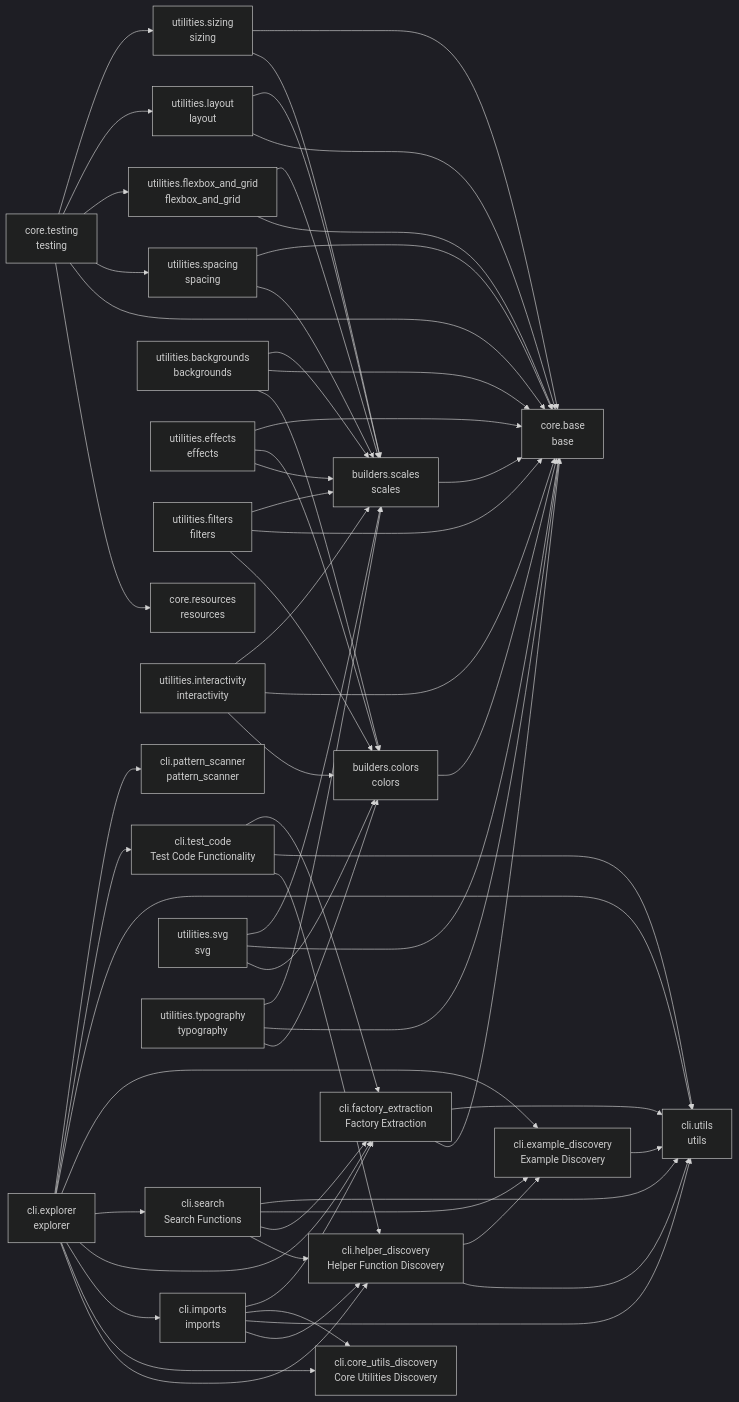
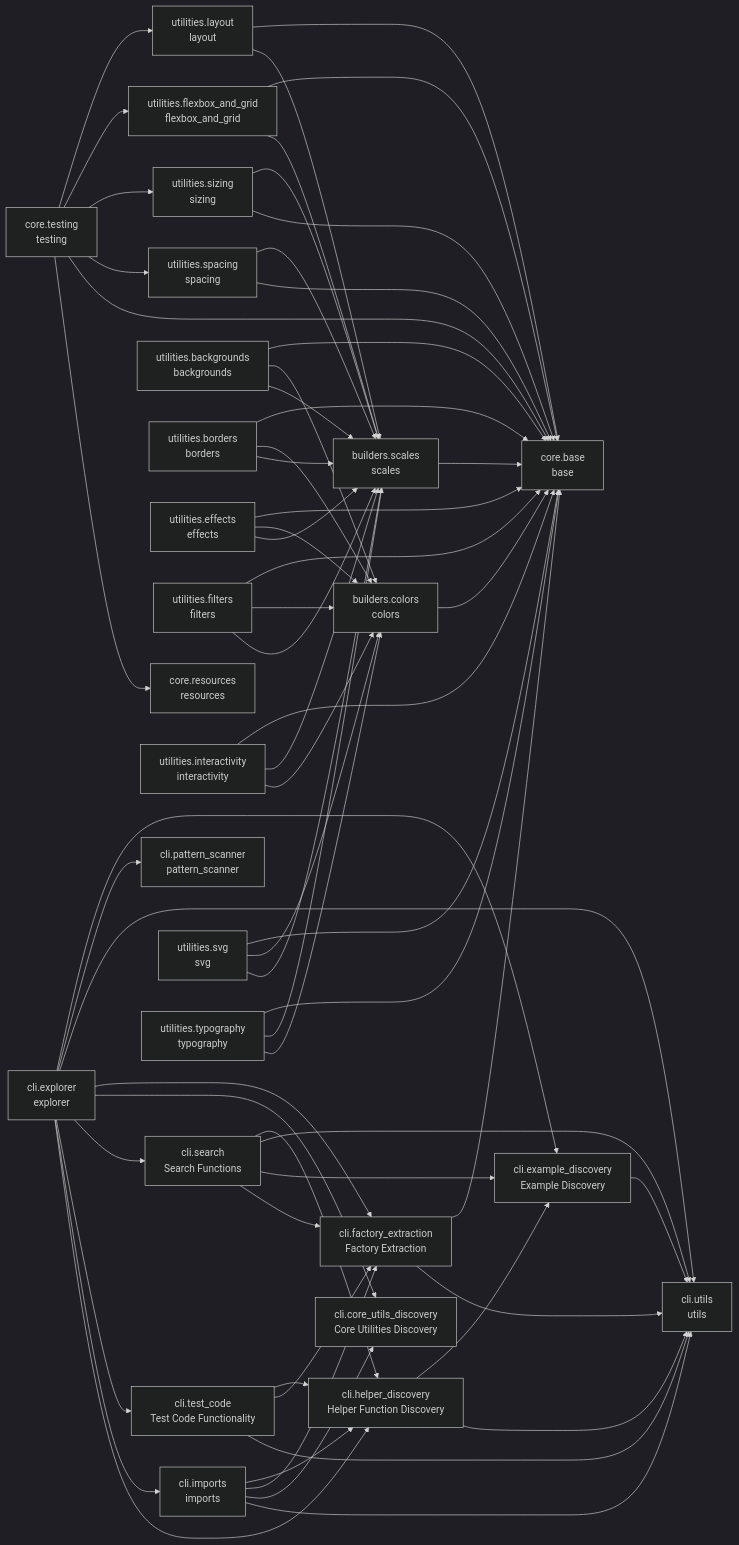
The diagram in README.md (cj-mills/cjm-fasthtml-tailwind), drawn with Mermaid (dark theme) before and after one commit. The commit also changed other lines of this file and 11 other files, not shown here.

Commit message:
Implement borders utilities.

````diff
--- a/README.md
+++ b/README.md
@@ -64,6 +65,7 @@
     core_resources[core.resources<br/>resources]
     core_testing[core.testing<br/>testing]
     utilities_backgrounds[utilities.backgrounds<br/>backgrounds]
+    utilities_borders[utilities.borders<br/>borders]
     utilities_effects[utilities.effects<br/>effects]
     utilities_filters[utilities.filters<br/>filters]
     utilities_flexbox_and_grid[utilities.flexbox_and_grid<br/>flexbox_and_grid]
@@ -77,60 +79,63 @@
     builders_colors --> core_base
     builders_scales --> core_base
     cli_example_discovery --> cli_utils
+    cli_explorer --> cli_example_discovery
     cli_explorer --> cli_pattern_scanner
+    cli_explorer --> cli_utils
+    cli_explorer --> cli_factory_extraction
+    cli_explorer --> cli_core_utils_discovery
+    cli_explorer --> cli_search
     cli_explorer --> cli_test_code
-    cli_explorer --> cli_utils
-    cli_explorer --> cli_example_discovery
-    cli_explorer --> cli_search
-    cli_explorer --> cli_factory_extraction
     cli_explorer --> cli_imports
-    cli_explorer --> cli_core_utils_discovery
     cli_explorer --> cli_helper_discovery
+    cli_factory_extraction --> core_base
     cli_factory_extraction --> cli_utils
-    cli_factory_extraction --> core_base
     cli_helper_discovery --> cli_example_discovery
     cli_helper_discovery --> cli_utils
+    cli_imports --> cli_helper_discovery
     cli_imports --> cli_factory_extraction
     cli_imports --> cli_core_utils_discovery
     cli_imports --> cli_utils
-    cli_imports --> cli_helper_discovery
+    cli_search --> cli_helper_discovery
     cli_search --> cli_utils
     cli_search --> cli_example_discovery
     cli_search --> cli_factory_extraction
-    cli_search --> cli_helper_discovery
+    cli_test_code --> cli_helper_discovery
     cli_test_code --> cli_factory_extraction
     cli_test_code --> cli_utils
-    cli_test_code --> cli_helper_discovery
-    core_testing --> utilities_sizing
     core_testing --> utilities_layout
     core_testing --> utilities_flexbox_and_grid
+    core_testing --> utilities_sizing
     core_testing --> utilities_spacing
     core_testing --> core_base
     core_testing --> core_resources
-    utilities_backgrounds --> builders_scales
     utilities_backgrounds --> core_base
     utilities_backgrounds --> builders_colors
+    utilities_backgrounds --> builders_scales
+    utilities_borders --> core_base
+    utilities_borders --> builders_colors
+    utilities_borders --> builders_scales
     utilities_effects --> core_base
     utilities_effects --> builders_colors
     utilities_effects --> builders_scales
-    utilities_filters --> builders_scales
     utilities_filters --> core_base
     utilities_filters --> builders_colors
+    utilities_filters --> builders_scales
+    utilities_flexbox_and_grid --> core_base
     utilities_flexbox_and_grid --> builders_scales
-    utilities_flexbox_and_grid --> core_base
+    utilities_interactivity --> core_base
     utilities_interactivity --> builders_scales
-    utilities_interactivity --> core_base
     utilities_interactivity --> builders_colors
+    utilities_layout --> core_base
     utilities_layout --> builders_scales
-    utilities_layout --> core_base
+    utilities_sizing --> builders_scales
     utilities_sizing --> core_base
-    utilities_sizing --> builders_scales
+    utilities_spacing --> builders_scales
     utilities_spacing --> core_base
-    utilities_spacing --> builders_scales
-    utilities_svg --> builders_scales
     utilities_svg --> core_base
     utilities_svg --> builders_colors
+    utilities_svg --> builders_scales
+    utilities_typography --> core_base
     utilities_typography --> builders_scales
-    utilities_typography --> core_base
     utilities_typography --> builders_colors
 ```
````
